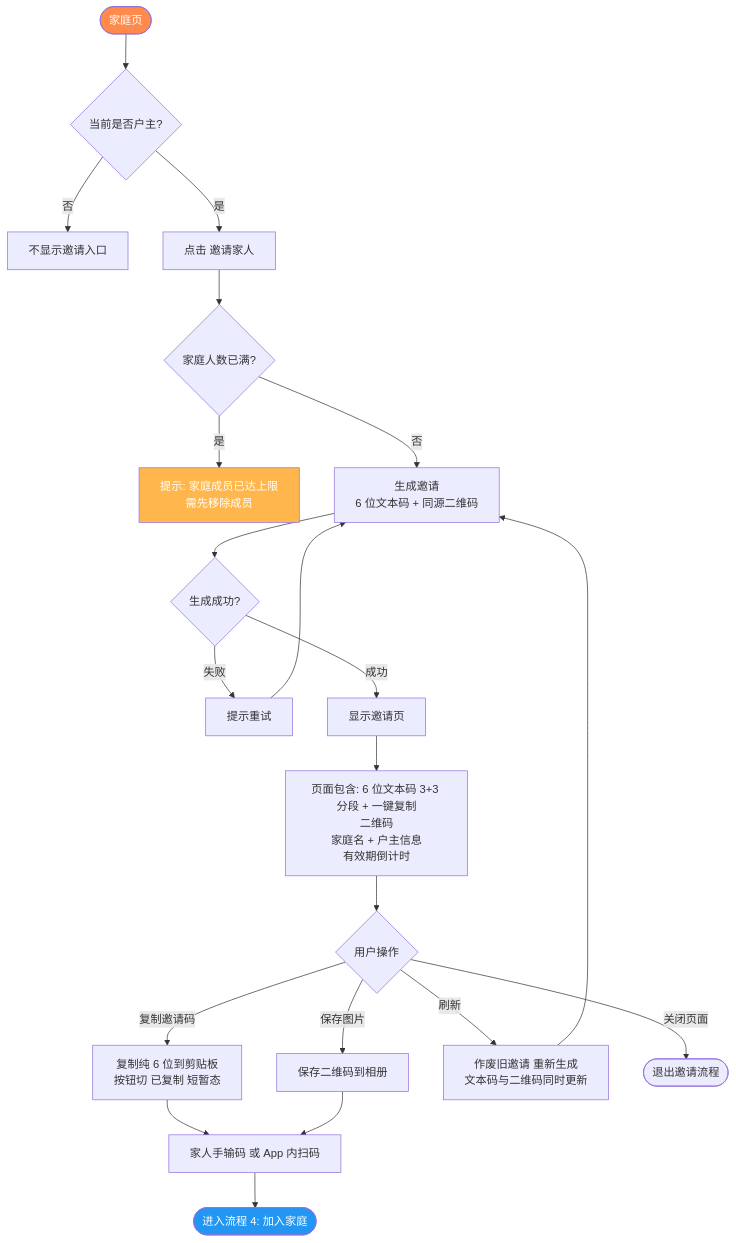
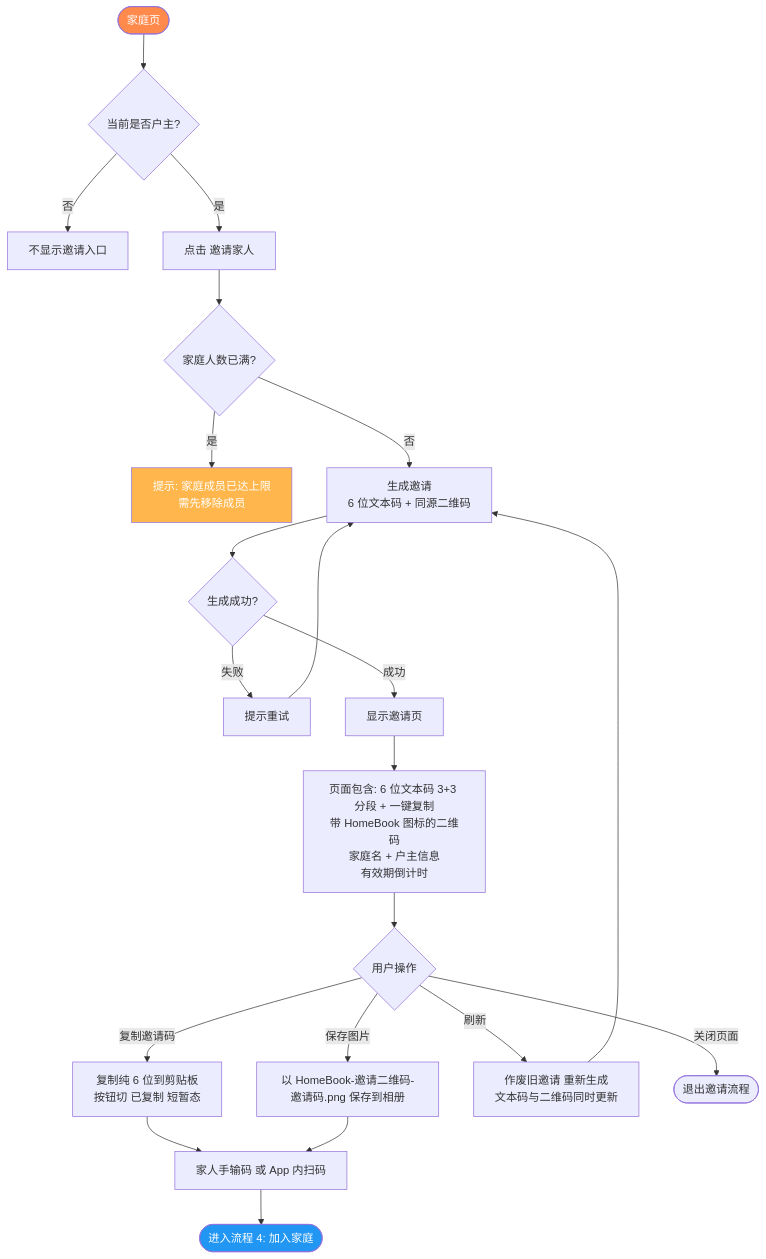
The third of 16 diagrams in docs/PRD.md (raochen0000/HomeBook), drawn with Mermaid before and after one commit. The commit also changed other lines of this file and 9 other files, not shown here.

````diff
--- a/docs/PRD.md
+++ b/docs/PRD.md
@@ -290,33 +290,33 @@
 ```mermaid
 flowchart TD
     A([家庭页]) --> B{当前是否户主?}
     B -- 否 --> B1[不显示邀请入口]
     B -- 是 --> C[点击 邀请家人]
 
     C --> D{家庭人数已满?}
     D -- 是 --> D1[提示: 家庭成员已达上限<br/>需先移除成员]
     D -- 否 --> E[生成邀请<br/>6 位文本码 + 同源二维码]
 
     E --> F{生成成功?}
     F -- 失败 --> F1[提示重试]
     F1 --> E
     F -- 成功 --> G[显示邀请页]
 
-    G --> H[页面包含: 6 位文本码 3+3 分段 + 一键复制<br/>二维码<br/>家庭名 + 户主信息<br/>有效期倒计时]
+    G --> H[页面包含: 6 位文本码 3+3 分段 + 一键复制<br/>带 HomeBook 图标的二维码<br/>家庭名 + 户主信息<br/>有效期倒计时]
 
     H --> I{用户操作}
     I -- 复制邀请码 --> J1[复制纯 6 位到剪贴板<br/>按钮切 已复制 短暂态]
-    I -- 保存图片 --> K[保存二维码到相册]
+    I -- 保存图片 --> K[以 HomeBook-邀请二维码-邀请码.png 保存到相册]
     I -- 刷新 --> L[作废旧邀请 重新生成<br/>文本码与二维码同时更新]
     I -- 关闭页面 --> M([退出邀请流程])
 
     J1 --> N[家人手输码 或 App 内扫码]
     K --> N
     N --> X([进入流程 4: 加入家庭])
 
     L --> E
 
     style A fill:#FF8A4C,color:#fff
     style X fill:#2196F3,color:#fff
     style D1 fill:#FFB74D,color:#fff
 ```
````
